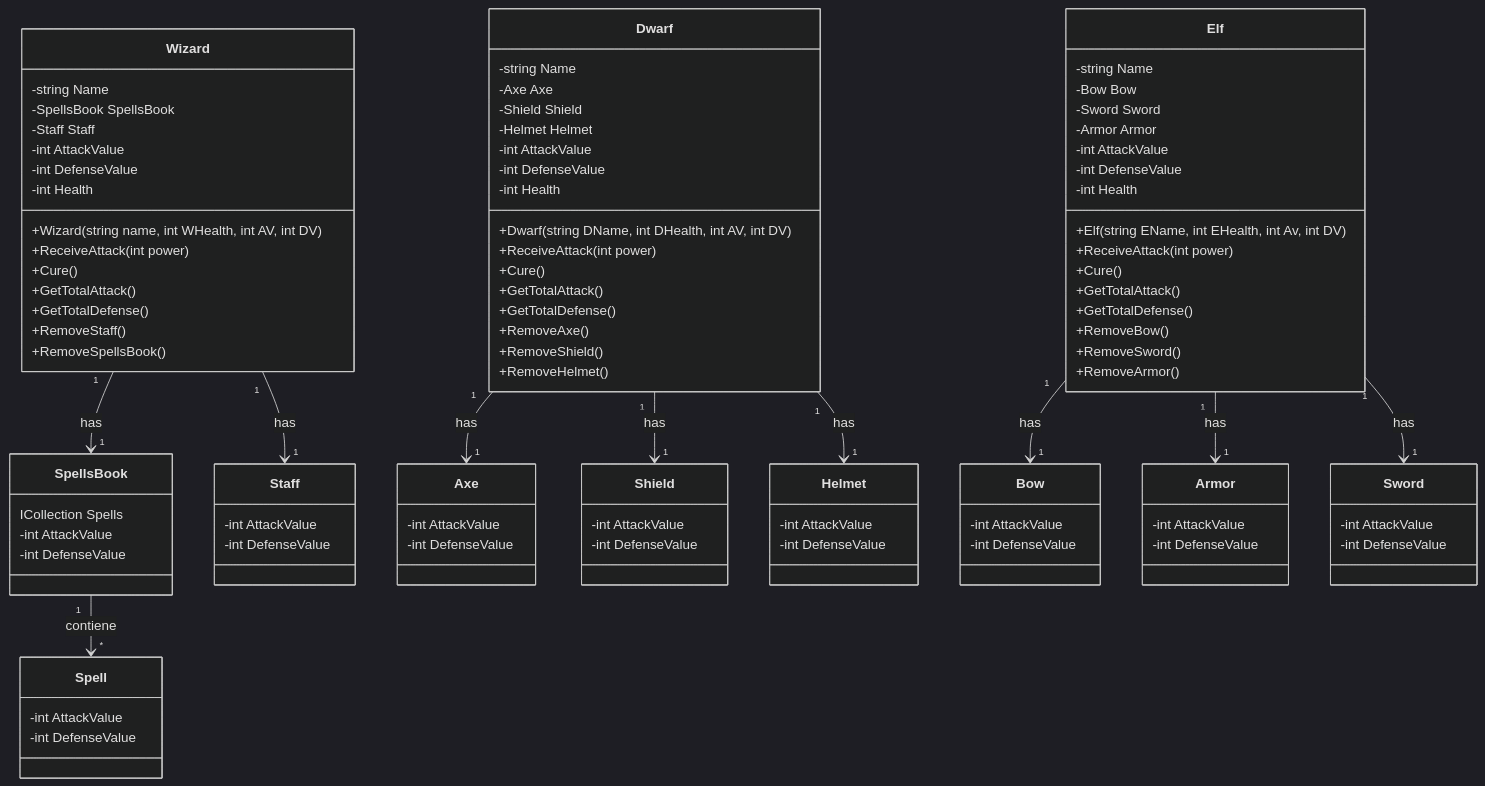
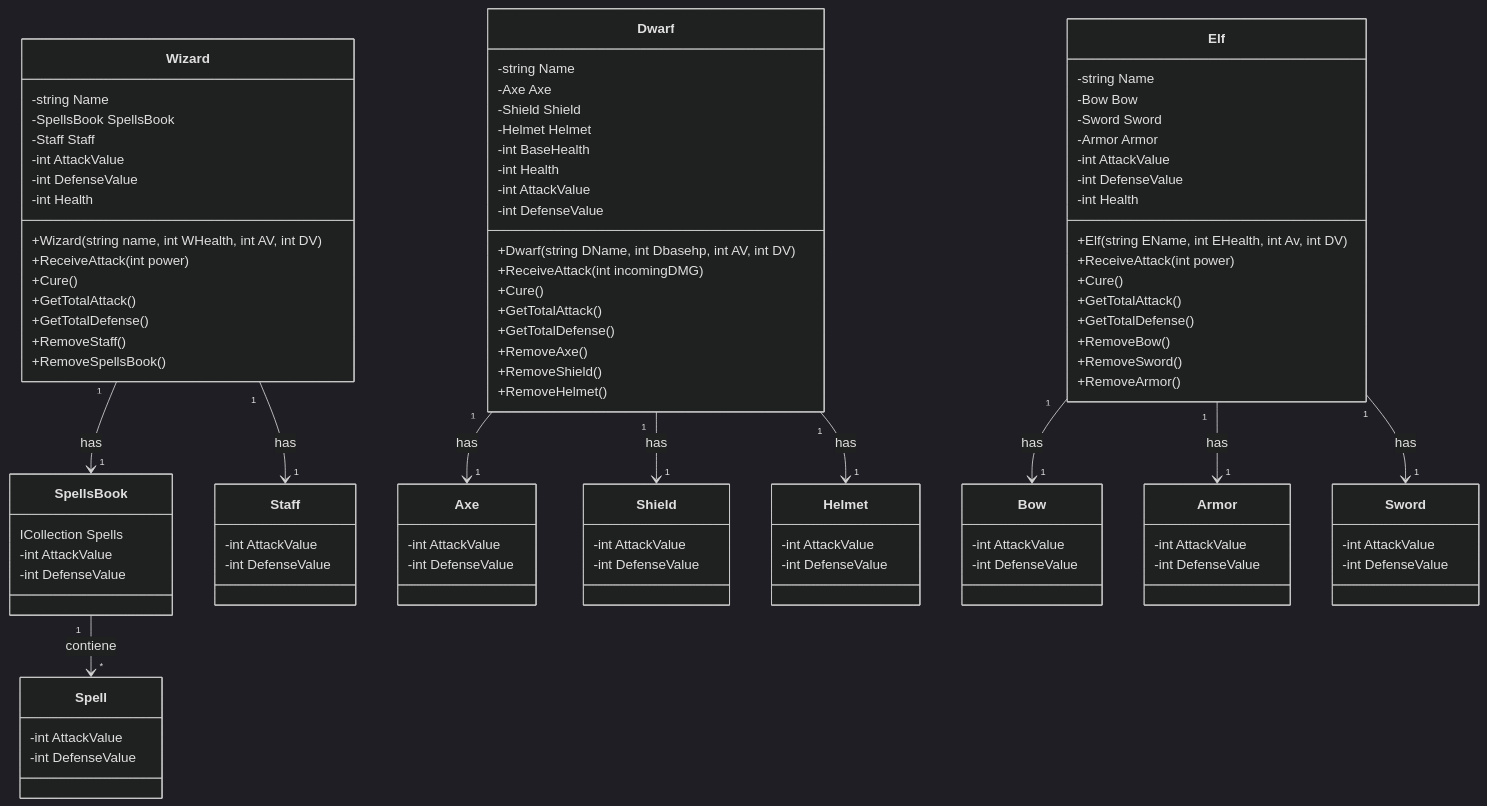
One commit to Franloc/PII_RoleplayGame_1_Start changed the diagram in DIAGRAM.md. Above: the diagram before and after it, drawn with Mermaid (dark theme). The commit also changed 1 other file, not shown here.

Commit message:
Cambios a diagram y dwarf

```diff
--- a/DIAGRAM.md
+++ b/DIAGRAM.md
@@ -48,11 +48,12 @@
       -Axe Axe
       -Shield Shield
       -Helmet Helmet
+      -int BaseHealth
+      -int Health
       -int AttackValue
       -int DefenseValue
-      -int Health
-      +Dwarf(string DName, int DHealth, int AV, int DV)
-      +ReceiveAttack(int power)
+      +Dwarf(string DName, int Dbasehp, int AV, int DV)
+      +ReceiveAttack(int incomingDMG)
       +Cure()
       +GetTotalAttack()
       +GetTotalDefense()
```
